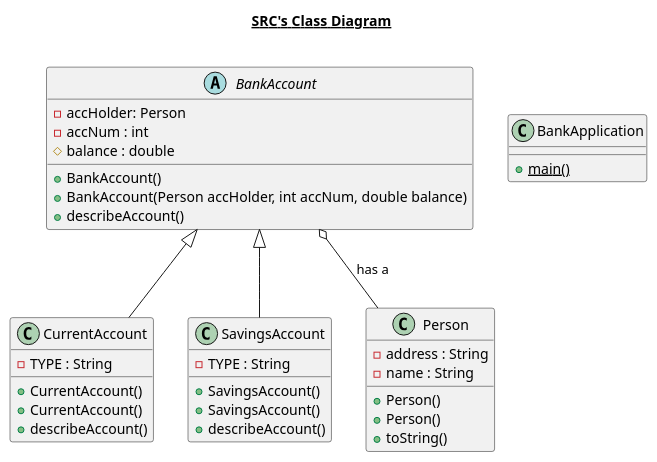
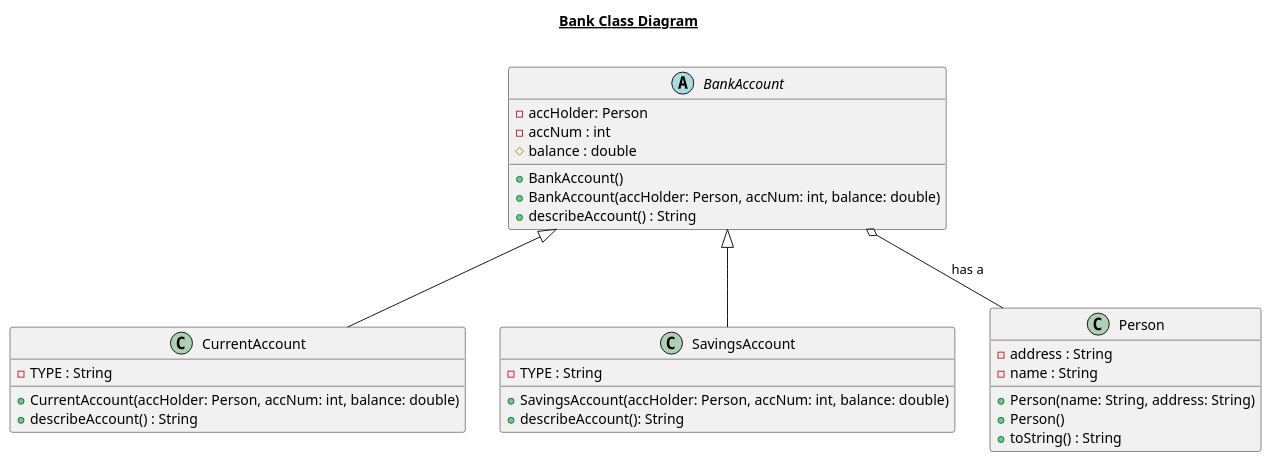
Before and after one commit to GraceOSullivan/SoftwareDesignPatterns: the diagram in PlantUMLDiagrams/BeforeDecorator-SavingsAndCurrent.puml, drawn with PlantUML. The commit also changed 8 other files, not shown here.

Commit message:
UML Class Diagram added for proposed changes without using Decorator pattern - CLASS EXPLOSION

```diff
--- a/PlantUMLDiagrams/BeforeDecorator-SavingsAndCurrent.puml
+++ b/PlantUMLDiagrams/BeforeDecorator-SavingsAndCurrent.puml
@@ -1,45 +1,39 @@
 @startuml
 
-title __SRC's Class Diagram__\n
+title __Bank Class Diagram__\n
 
 
 abstract class BankAccount {
     - accHolder: Person
     - accNum : int
     # balance : double
     + BankAccount()
-    + BankAccount(Person accHolder, int accNum, double balance)
-    + describeAccount()
+    + BankAccount(accHolder: Person, accNum: int, balance: double)
+    + describeAccount() : String
 }
-
-class BankApplication{
-    {static} + main()
-    }
 
 class CurrentAccount {
     - TYPE : String
-    + CurrentAccount()
-    + CurrentAccount()
-    + describeAccount()
+    + CurrentAccount(accHolder: Person, accNum: int, balance: double)
+    + describeAccount() : String
 }
 
 class SavingsAccount {
     - TYPE : String
-    + SavingsAccount()
-    + SavingsAccount()
-    + describeAccount()
+    + SavingsAccount(accHolder: Person, accNum: int, balance: double)
+    + describeAccount(): String
 }
 
 class Person {
     - address : String
     - name : String
+    + Person(name: String, address: String)
     + Person()
-    + Person()
-    + toString()
+    + toString() : String
 }
 
 BankAccount o-- Person : has a
 CurrentAccount -up-|> BankAccount
 SavingsAccount -up-|> BankAccount
 
 @enduml
```
